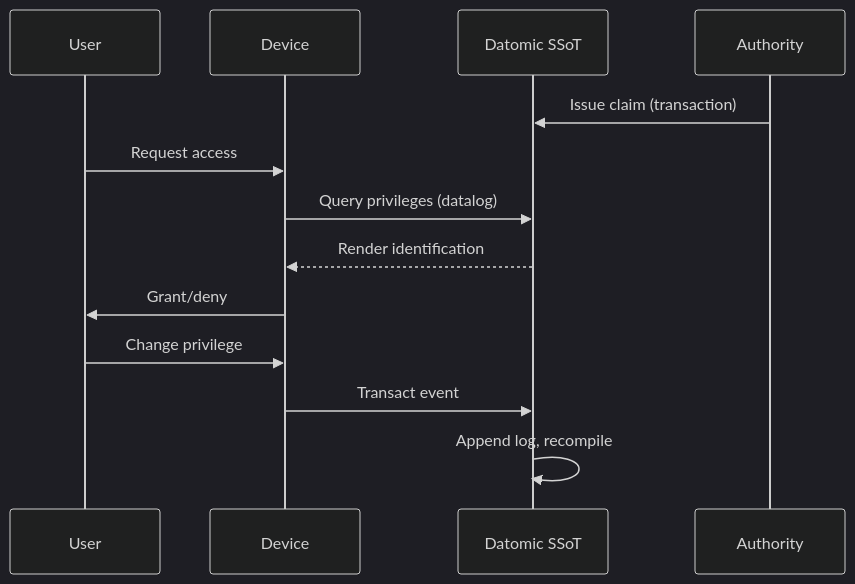
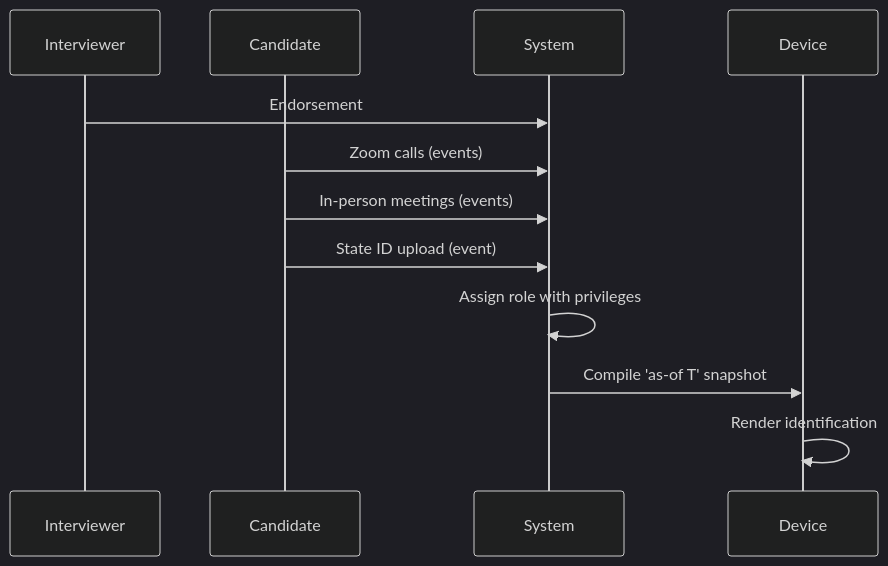
Before and after one commit to Synthetic-Identity-Co/conj-talk-2025: the second of 5 diagrams in conj-talk-2025.md, drawn with Mermaid (dark theme). The commit also changed other lines of this file, not shown here.

````diff
--- a/conj-talk-2025.md
+++ b/conj-talk-2025.md
@@ -183,16 +142,15 @@
 ```mermaid
 sequenceDiagram
-    participant User
-    participant Device
-    participant SSoT as Datomic SSoT
-    participant Authority
+    participant I as Interviewer
+    participant C as Candidate
+    participant S as System
+    participant D as Device
     
-    Authority->>SSoT: Issue claim (transaction)
-    User->>Device: Request access
-    Device->>SSoT: Query privileges (datalog)
-    SSoT-->>Device: Render identification
-    Device->>User: Grant/deny
-    User->>Device: Change privilege
-    Device->>SSoT: Transact event
-    SSoT->>SSoT: Append log, recompile
+    I->>S: Endorsement
+    C->>S: Zoom calls (events)
+    C->>S: In-person meetings (events)
+    C->>S: State ID upload (event)
+    S->>S: Assign role with privileges
+    S->>D: Compile 'as-of T' snapshot
+    D->>D: Render identification
 ```
````
